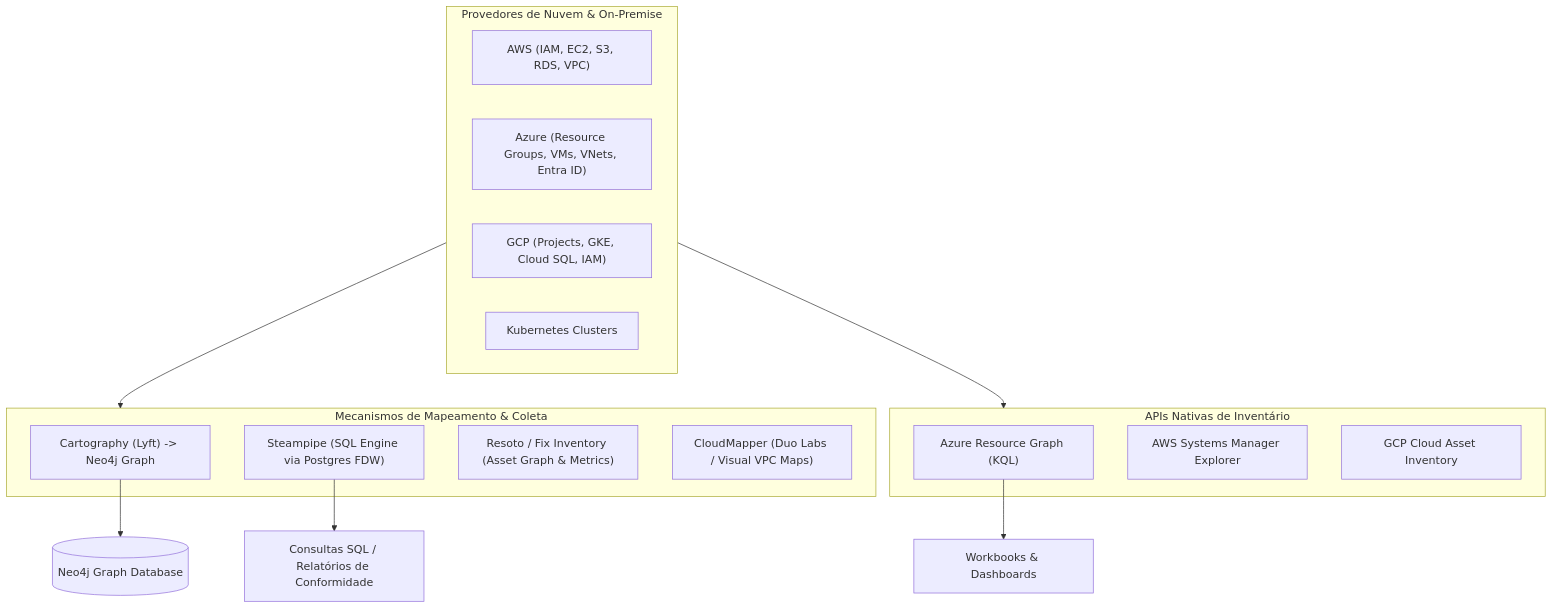
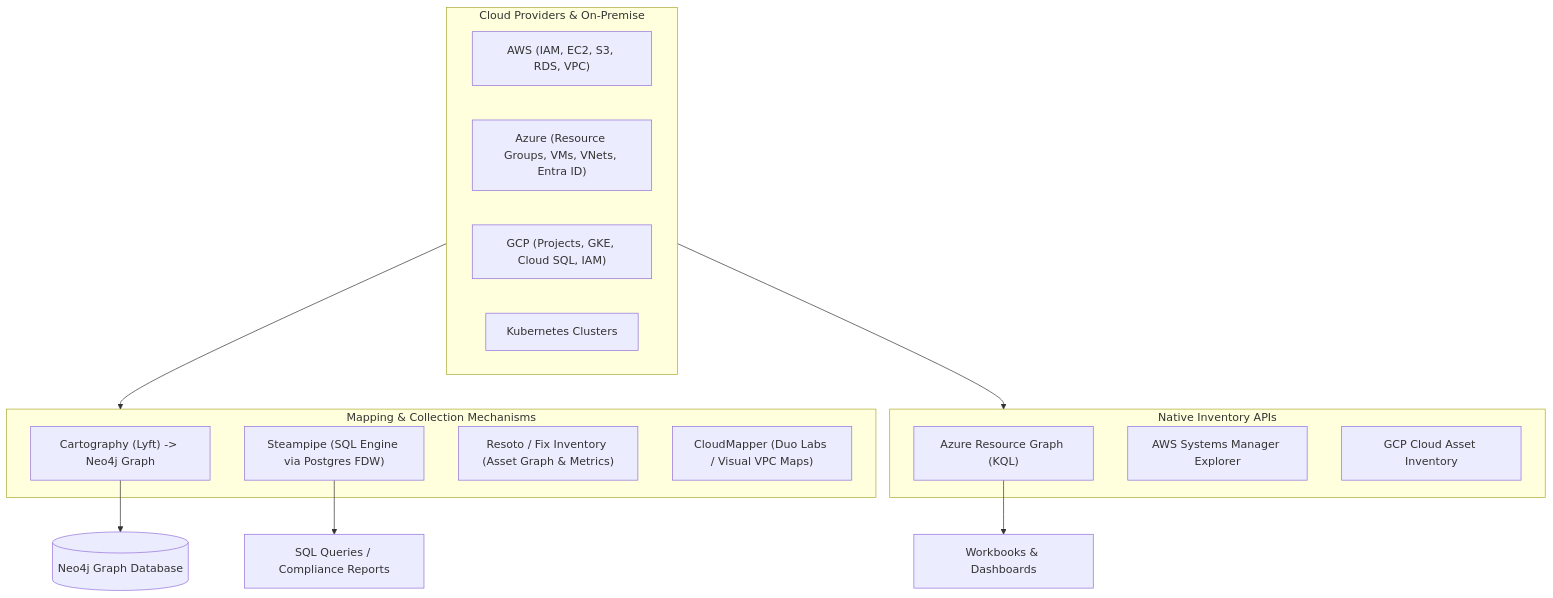
One commit to dandgabr/Coacus changed the diagram in knowledge/skills/mapping/cloud-topology-mapping/SKILL.md. Above: the diagram before and after it, drawn with Mermaid. The commit also changed other lines of this file and 143 other files, not shown here.

````diff
--- a/knowledge/skills/mapping/cloud-topology-mapping/SKILL.md
+++ b/knowledge/skills/mapping/cloud-topology-mapping/SKILL.md
@@ -16,29 +16,29 @@
 ```mermaid
 flowchart TD
-    subgraph CloudProviders["Provedores de Nuvem & On-Premise"]
+    subgraph CloudProviders["Cloud Providers & On-Premise"]
         AWS["AWS (IAM, EC2, S3, RDS, VPC)"]
         AZURE["Azure (Resource Groups, VMs, VNets, Entra ID)"]
         GCP["GCP (Projects, GKE, Cloud SQL, IAM)"]
         K8S["Kubernetes Clusters"]
     end
 
-    subgraph CollectionEngines["Mecanismos de Mapeamento & Coleta"]
+    subgraph CollectionEngines["Mapping & Collection Mechanisms"]
         CARTOGRAPHY["Cartography (Lyft) -> Neo4j Graph"]
         STEAMPIPE["Steampipe (SQL Engine via Postgres FDW)"]
         RESOTO["Resoto / Fix Inventory (Asset Graph & Metrics)"]
         CLOUDMAPPER["CloudMapper (Duo Labs / Visual VPC Maps)"]
     end
 
-    subgraph NativeCloudAssetAPIs["APIs Nativas de Inventário"]
+    subgraph NativeCloudAssetAPIs["Native Inventory APIs"]
         ARG["Azure Resource Graph (KQL)"]
         AWS_SSM["AWS Systems Manager Explorer"]
         GCP_CAI["GCP Cloud Asset Inventory"]
     end
 
     CloudProviders --> CollectionEngines
     CloudProviders --> NativeCloudAssetAPIs
 
     CARTOGRAPHY --> NEO4J[("Neo4j Graph Database")]
-    STEAMPIPE --> SQL_QUERIES["Consultas SQL / Relatórios de Conformidade"]
+    STEAMPIPE --> SQL_QUERIES["SQL Queries / Compliance Reports"]
     ARG --> AZURE_PORTAL["Workbooks & Dashboards"]
 ```
````
